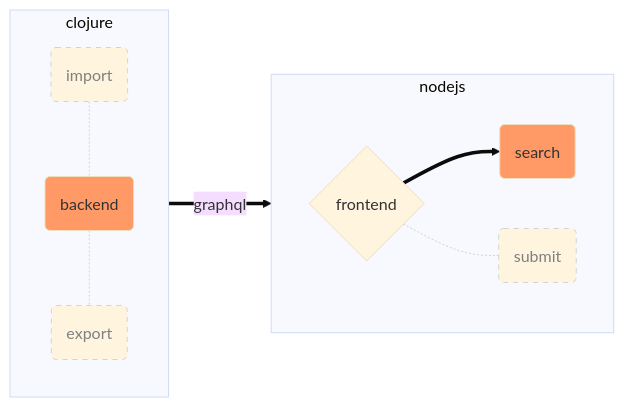
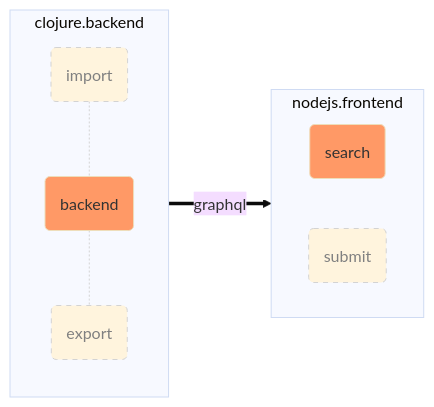
One commit to internet4refugees/beherbergung changed the first of 2 diagrams in architecture.md. Above: the diagram before and after it, drawn with Mermaid (base theme).

````diff
--- a/architecture.md
+++ b/architecture.md
@@ -1,19 +1,17 @@
 ```mermaid
 flowchart LR;
     classDef focus fill:#f96;
     classDef hide_ color:gray , stroke-dasharray: 5 5 , stroke:lightgray;
-    subgraph clojure
-        I(import):::hide_ -.- B(backend):::focus
-        B -.- e(export):::hide_
-    end
-    subgraph nodejs
-        direction LR
-        C{frontend}
-        C ==> D(search):::focus
-        C -.- E(submit):::hide_
-    end
-    clojure ==graphql==> nodejs
+        subgraph clojure.backend
+            I(import):::hide_ -.- B(backend):::focus
+            B -.- e(export):::hide_
+        end
+        subgraph nodejs.frontend
+            direction LR
+            D(search):::focus
+            E(submit):::hide_
+        end
+    clojure.backend ==graphql==> nodejs.frontend 
     linkStyle 0 stroke:lightgrey;
     linkStyle 1 stroke:lightgrey;
-    linkStyle 3 stroke:lightgrey;
 ```
````
